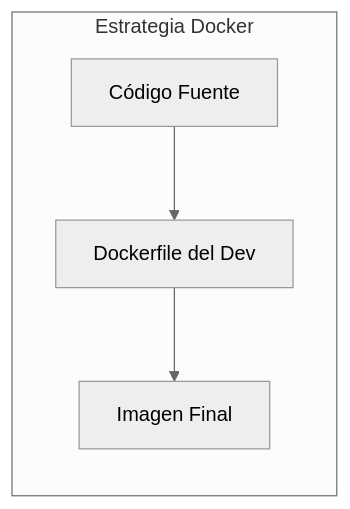
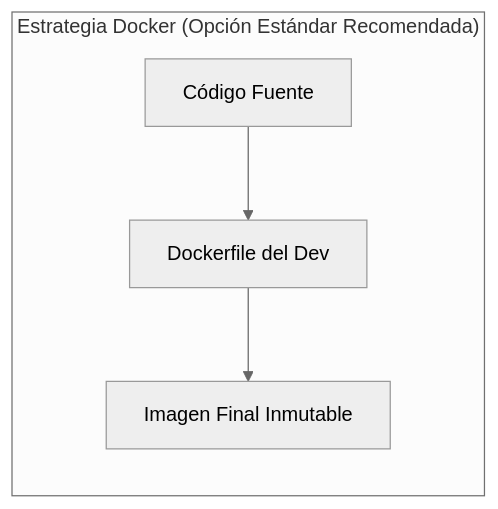
One commit to ieftraining/curso-openshift changed the third of 7 diagrams in docs/sesion4/4.5 Construir en la plataforma.md. Above: the diagram before and after it, drawn with Mermaid (neutral theme). The commit also changed other lines of this file, not shown here.

````diff
--- a/docs/sesion4/4.5 Construir en la plataforma.md
+++ b/docs/sesion4/4.5 Construir en la plataforma.md
@@ -96,7 +86,7 @@
 ```mermaid
 flowchart LR
-    subgraph Docker ["Estrategia Docker"]
+    subgraph Docker ["Estrategia Docker (Opción Estándar Recomendada)"]
         A2[Código Fuente] --> B2[Dockerfile del Dev]
-        B2 --> C2[Imagen Final]
+        B2 --> C2[Imagen Final Inmutable]
     end
 ```
````
